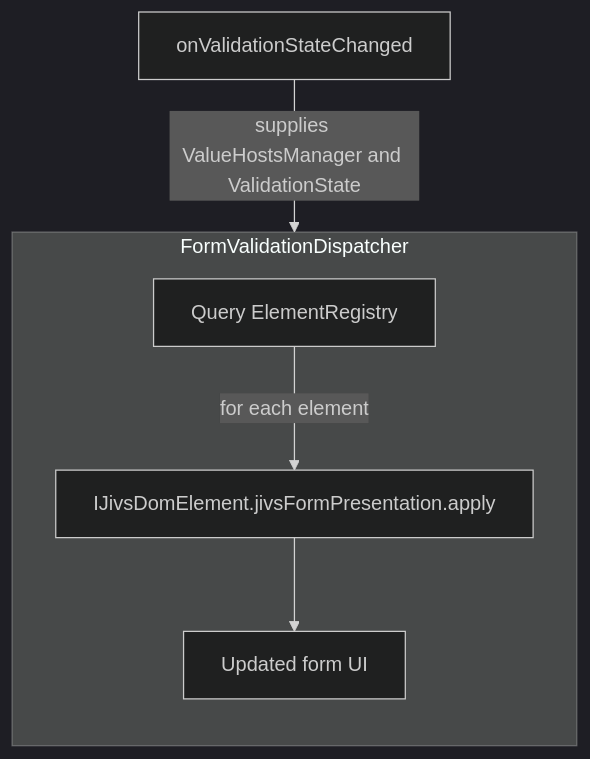
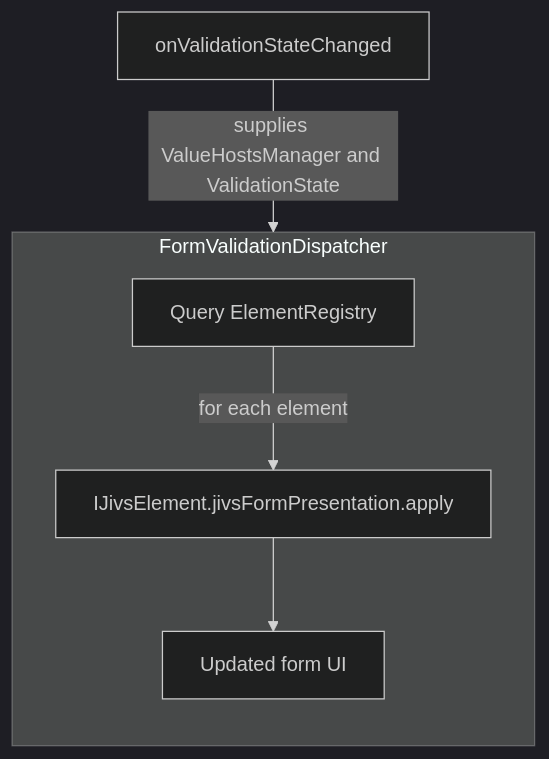
The sixth of 14 diagrams in planning/Jivs-DOM_Implementation_Design.md (plblum/jivs), drawn with Mermaid (dark theme) before and after one commit. The commit also changed other lines of this file and 97 other files, not shown here.

Commit message:
Refactoring to rename anchor and IJivsDomElement to jivsElement

````diff
--- a/planning/Jivs-DOM_Implementation_Design.md
+++ b/planning/Jivs-DOM_Implementation_Design.md
@@ -209,17 +209,17 @@
 ```mermaid
 flowchart TB
     CALLBACK["onValidationStateChanged"]
 
     subgraph DISPATCHER["FormValidationDispatcher"]
         direction TB
 
         FIND["Query ElementRegistry"]
-        APPLY["IJivsDomElement.jivsFormPresentation.apply"]
+        APPLY["IJivsElement.jivsFormPresentation.apply"]
         FORM_UI["Updated form UI"]
 
         FIND -->|"for each element"| APPLY
         APPLY --> FORM_UI
     end
 
     CALLBACK -->|"supplies ValueHostsManager and ValidationState"| DISPATCHER
 ```
````
